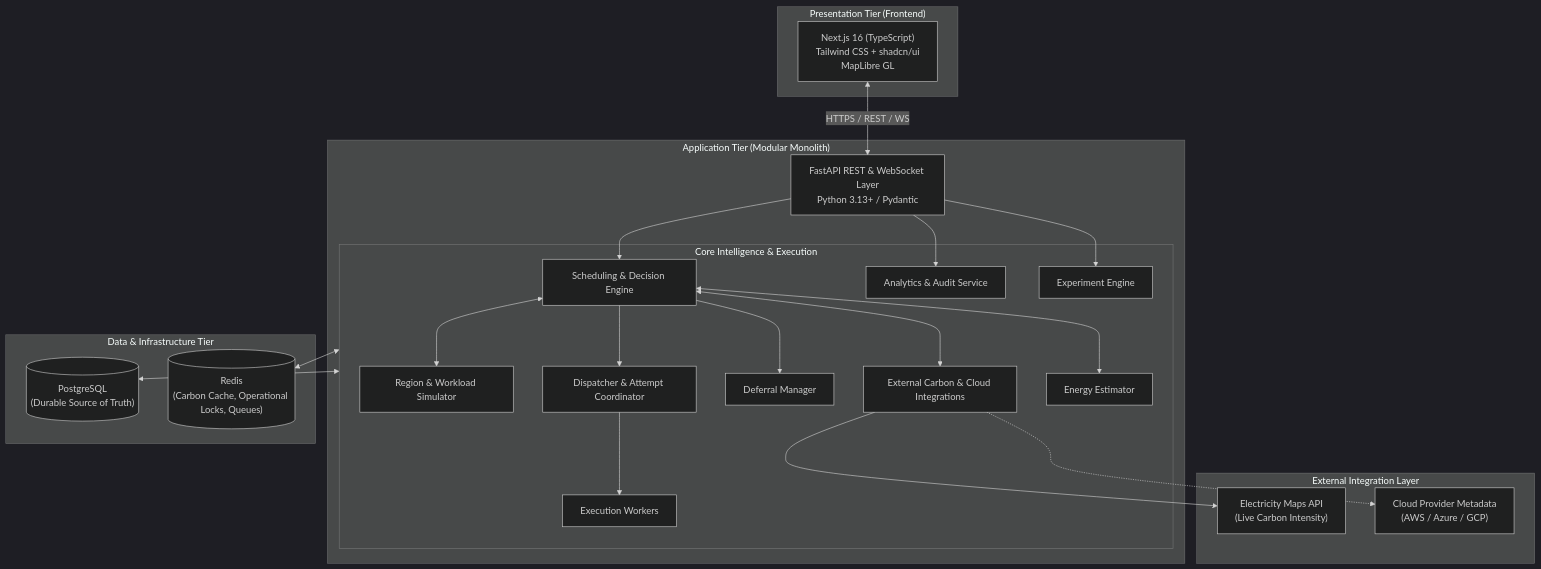
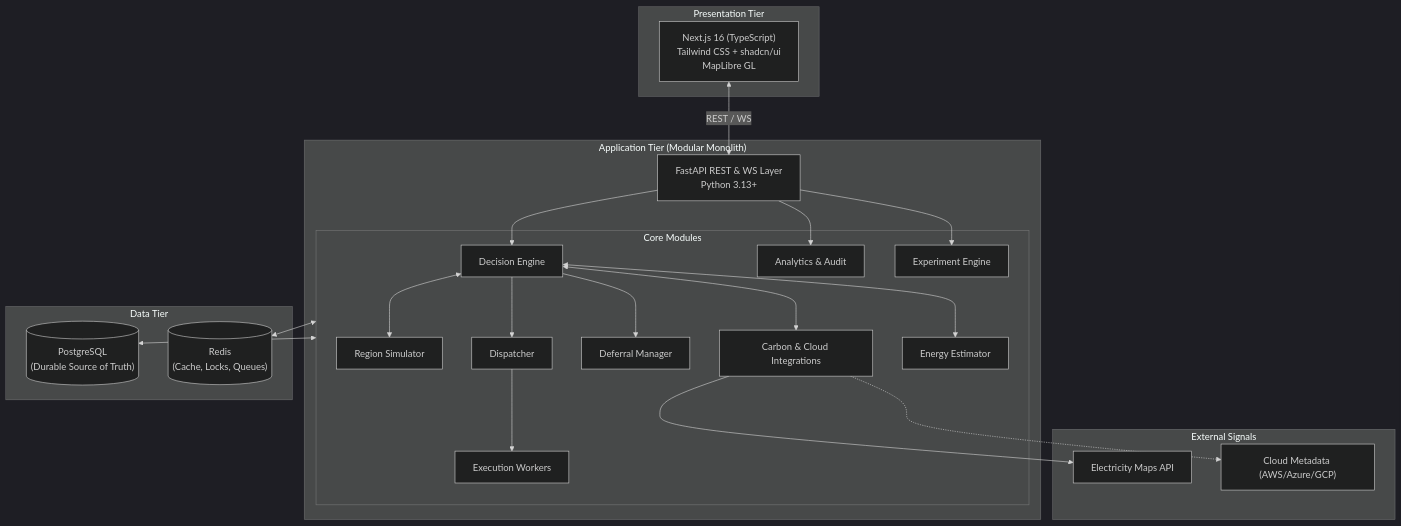
One commit to taneesh-kumar/Eco-Route changed the diagram in docs/architecture/system-architecture.md. Above: the diagram before and after it, drawn with Mermaid (dark theme). The commit also changed other lines of this file and 6 other files, not shown here.

````diff
--- a/docs/architecture/system-architecture.md
+++ b/docs/architecture/system-architecture.md
@@ -7,51 +7,51 @@
 ```mermaid
 flowchart TB
-    subgraph Client["Presentation Tier (Frontend)"]
+    subgraph Client["Presentation Tier"]
         FE["Next.js 16 (TypeScript)\nTailwind CSS + shadcn/ui\nMapLibre GL"]
     end
 
     subgraph BackendApp["Application Tier (Modular Monolith)"]
-        API["FastAPI REST & WebSocket Layer\nPython 3.13+ / Pydantic"]
+        API["FastAPI REST & WS Layer\nPython 3.13+"]
         
-        subgraph CoreEngines["Core Intelligence & Execution"]
-            SCHED["Scheduling & Decision Engine"]
-            SIM["Region & Workload Simulator"]
-            INTEG["External Carbon & Cloud Integrations"]
+        subgraph CoreEngines["Core Modules"]
+            SCHED["Decision Engine"]
+            SIM["Region Simulator"]
+            INTEG["Carbon & Cloud Integrations"]
             DEFER["Deferral Manager"]
-            DISP["Dispatcher & Attempt Coordinator"]
+            DISP["Dispatcher"]
             WORKER["Execution Workers"]
             ENERGY["Energy Estimator"]
-            AUDIT["Analytics & Audit Service"]
+            AUDIT["Analytics & Audit"]
             EXP["Experiment Engine"]
         end
     end
 
-    subgraph DataTier["Data & Infrastructure Tier"]
+    subgraph DataTier["Data Tier"]
         PG[("PostgreSQL\n(Durable Source of Truth)")]
-        REDIS[("Redis\n(Carbon Cache, Operational Locks, Queues)")]
+        REDIS[("Redis\n(Cache, Locks, Queues)")]
     end
 
-    subgraph ExternalServices["External Integration Layer"]
-        EM["Electricity Maps API\n(Live Carbon Intensity)"]
-        CLOUD["Cloud Provider Metadata\n(AWS / Azure / GCP)"]
+    subgraph ExternalServices["External Signals"]
+        EM["Electricity Maps API"]
+        CLOUD["Cloud Metadata (AWS/Azure/GCP)"]
     end
 
-    FE <-- "HTTPS / REST / WS" --> API
+    FE <-- "REST / WS" --> API
     API --> SCHED
     API --> EXP
     API --> AUDIT
     
     SCHED <--> SIM
     SCHED <--> ENERGY
     SCHED <--> INTEG
     SCHED --> DEFER
     SCHED --> DISP
     
     DISP --> WORKER
     
     CoreEngines <--> PG
     CoreEngines <--> REDIS
     
     INTEG --> EM
     INTEG -.-> CLOUD
 ```
````
